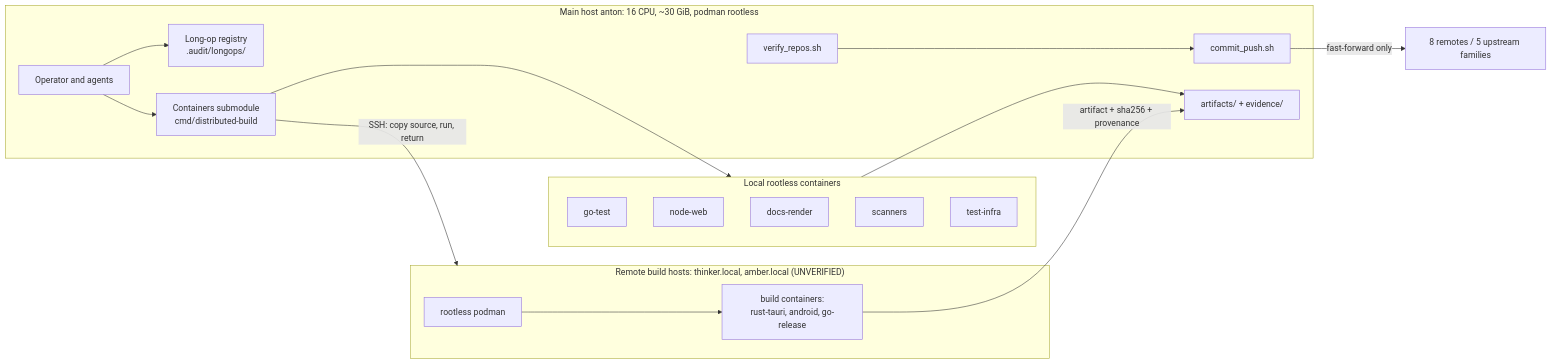
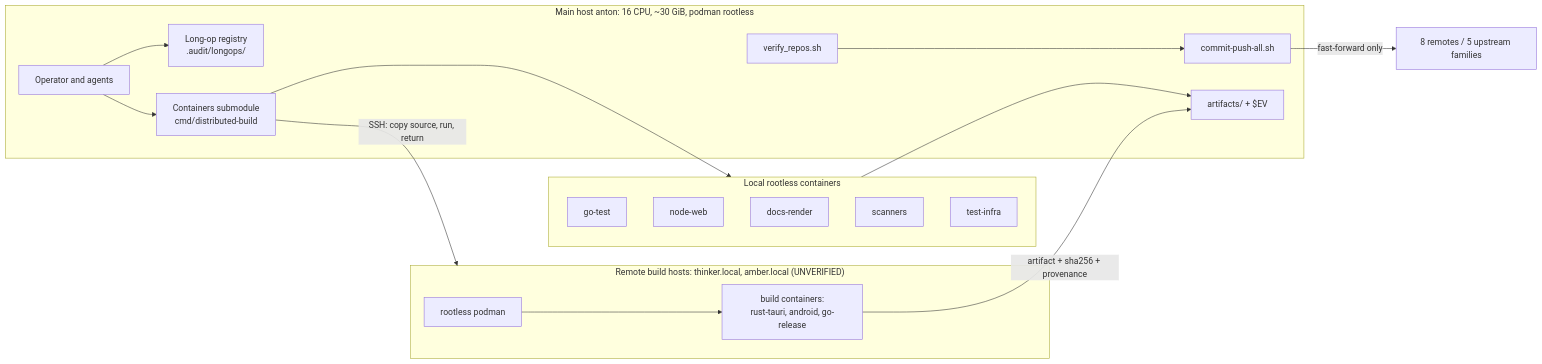
The first of 4 diagrams in specs/001-full-project-audit-remediation/docs/16-containerized-infrastructure-and-local-enforcement-plan.md (vasic-digital/catalogizer), drawn with Mermaid before and after one commit. The commit also changed other lines of this file and 13 other files, not shown here.

````diff
--- a/specs/001-full-project-audit-remediation/docs/16-containerized-infrastructure-and-local-enforcement-plan.md
+++ b/specs/001-full-project-audit-remediation/docs/16-containerized-infrastructure-and-local-enforcement-plan.md
@@ -146,31 +146,31 @@
 ```mermaid
 flowchart LR
   subgraph MainHost["Main host anton: 16 CPU, ~30 GiB, podman rootless"]
     Dev["Operator and agents"]
     Reg["Long-op registry\n.audit/longops/"]
     Verify["verify_repos.sh"]
-    Push["commit_push.sh"]
-    Art["artifacts/ + evidence/"]
+    Push["commit-push-all.sh"]
+    Art["artifacts/ + $EV"]
     CS["Containers submodule\ncmd/distributed-build"]
   end
   subgraph Local["Local rootless containers"]
     GoC["go-test"]
     WebC["node-web"]
     DocC["docs-render"]
     ScanC["scanners"]
     InfraC["test-infra"]
   end
   subgraph Remote["Remote build hosts: thinker.local, amber.local (UNVERIFIED)"]
     RB["rootless podman"]
     BC["build containers:\nrust-tauri, android, go-release"]
   end
   Dev --> Reg
   Dev --> CS
   CS --> Local
   CS -->|"SSH: copy source, run, return"| Remote
   RB --> BC
   BC -->|"artifact + sha256 + provenance"| Art
   Local --> Art
   Verify --> Push
   Push -->|"fast-forward only"| Ups["8 remotes / 5 upstream families"]
 ```
````
